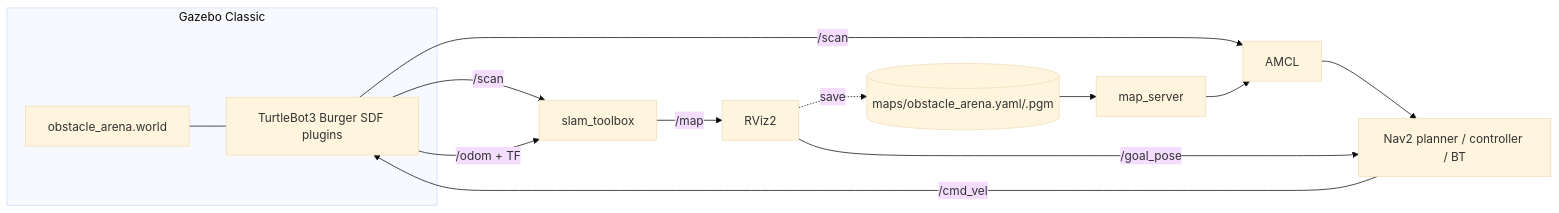
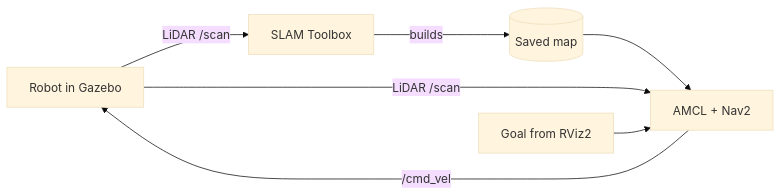
One commit to shiavm17/Arena-Navigator-ROS2 changed the diagram in README.md. Above: the diagram before and after it, drawn with Mermaid (base theme). The commit also changed other lines of this file, not shown here.

First line of the commit message:
Revise README for Arena Navigator ROS 2 project

````diff
--- a/README.md
+++ b/README.md
@@ -17,14 +42,9 @@
 ```mermaid
 flowchart LR
-  subgraph Gazebo Classic
-    W[obstacle_arena.world] --- TB[TurtleBot3 Burger SDF plugins]
-  end
-  TB -- /scan --> SLAM[slam_toolbox]
-  TB -- /odom + TF --> SLAM
-  SLAM -- /map --> RV[RViz2]
-  RV -.save.-> MAP[(maps/obstacle_arena.yaml/.pgm)]
-  MAP --> MS[map_server]
-  TB -- /scan --> AMCL
-  MS --> AMCL --> N2[Nav2 planner / controller / BT]
-  RV -- /goal_pose --> N2 -- /cmd_vel --> TB
+  R[Robot in Gazebo] -- LiDAR /scan --> S[SLAM Toolbox]
+  S -- builds --> M[(Saved map)]
+  M --> A[AMCL + Nav2]
+  R -- LiDAR /scan --> A
+  G[Goal from RViz2] --> A
+  A -- /cmd_vel --> R
 ```
````
